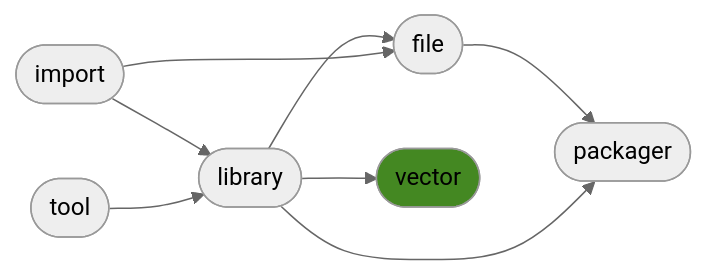
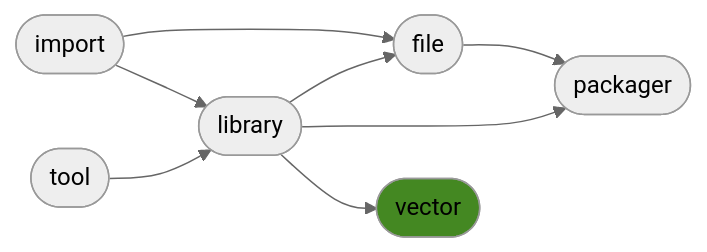
The diagram in README.md (ManderaGeneral/generalvector), drawn with Mermaid (neutral theme) before and after one commit. The commit also changed other lines of this file, not shown here.

````diff
--- a/README.md
+++ b/README.md
@@ -24,17 +24,17 @@
 ```mermaid
 flowchart LR
+2([library]) --> 3([file])
+3([file]) --> 5([packager])
+1([tool]) --> 2([library])
+2([library]) --> 5([packager])
+0([import]) --> 3([file])
 2([library]) --> 4([vector])
 0([import]) --> 2([library])
-3([file]) --> 5([packager])
-2([library]) --> 5([packager])
-1([tool]) --> 2([library])
-2([library]) --> 3([file])
-0([import]) --> 3([file])
 click 0 "https://github.com/ManderaGeneral/generalimport"
 click 1 "https://github.com/ManderaGeneral/generaltool"
 click 2 "https://github.com/ManderaGeneral/generallibrary"
 click 3 "https://github.com/ManderaGeneral/generalfile"
 click 4 "https://github.com/ManderaGeneral/generalvector"
 click 5 "https://github.com/ManderaGeneral/generalpackager"
 style 4 fill:#482
 ```
````
